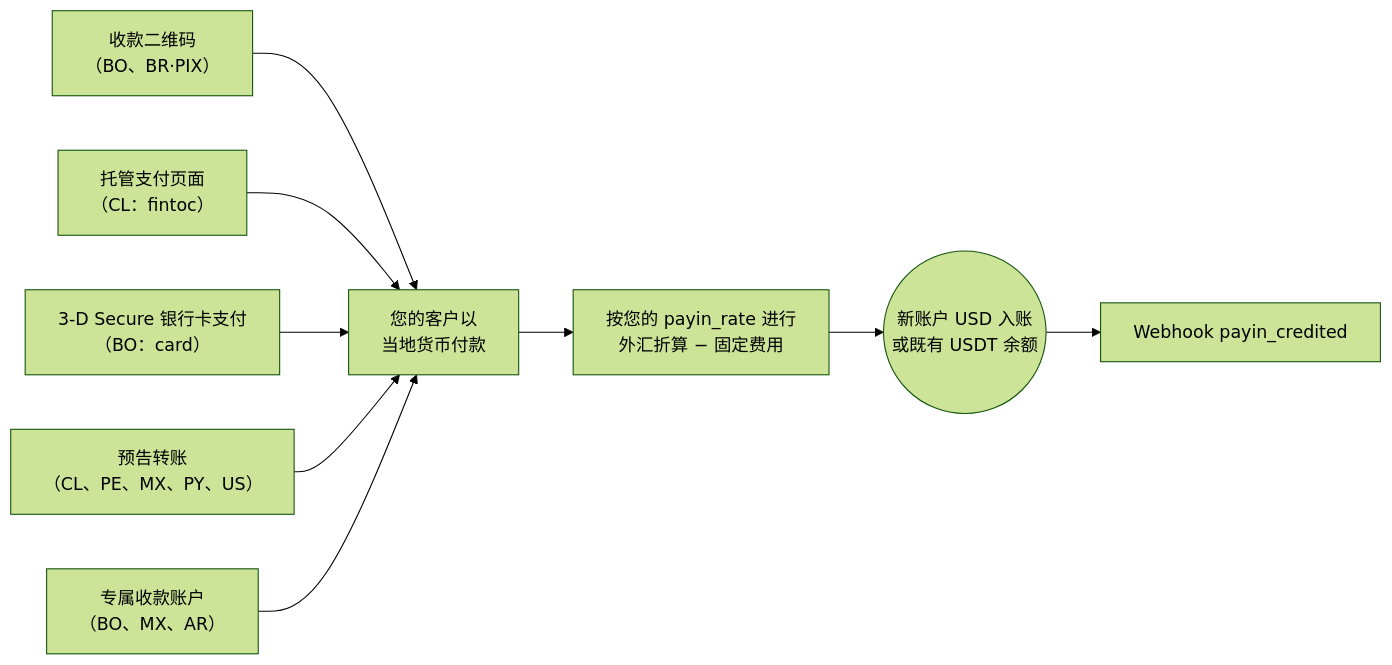
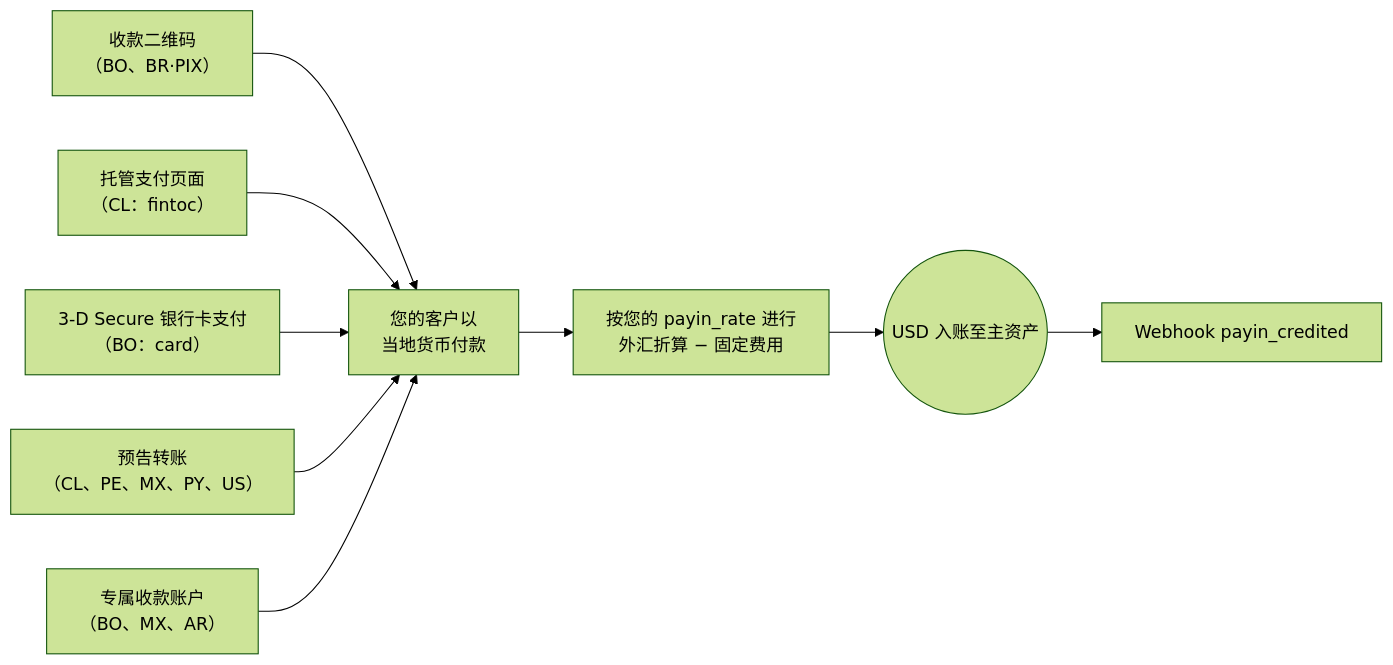
The diagram in mcp-pack/guides/zh/guides/payins.md (CBpayapp/cbpay-docs), drawn with Mermaid (forest theme) before and after one commit. The commit also changed other lines of this file and 147 other files, not shown here.

````diff
--- a/mcp-pack/guides/zh/guides/payins.md
+++ b/mcp-pack/guides/zh/guides/payins.md
@@ -25,11 +24,11 @@
 ```mermaid
 flowchart LR
     qr["收款二维码<br/>（BO、BR·PIX）"] --> pay["您的客户以<br/>当地货币付款"]
     hosted["托管支付页面<br/>（CL：fintoc）"] --> pay
     card["3-D Secure 银行卡支付<br/>（BO：card）"] --> pay
     announced["预告转账<br/>（CL、PE、MX、PY、US）"] --> pay
     clabe["专属收款账户<br/>（BO、MX、AR）"] --> pay
     pay --> conv["按您的 payin_rate 进行<br/>外汇折算 − 固定费用"]
-    conv --> credit(("新账户 USD 入账<br/>或既有 USDT 余额"))
+    conv --> credit(("USD 入账至主资产"))
     credit --> wh["Webhook payin_credited"]
 ```
````
